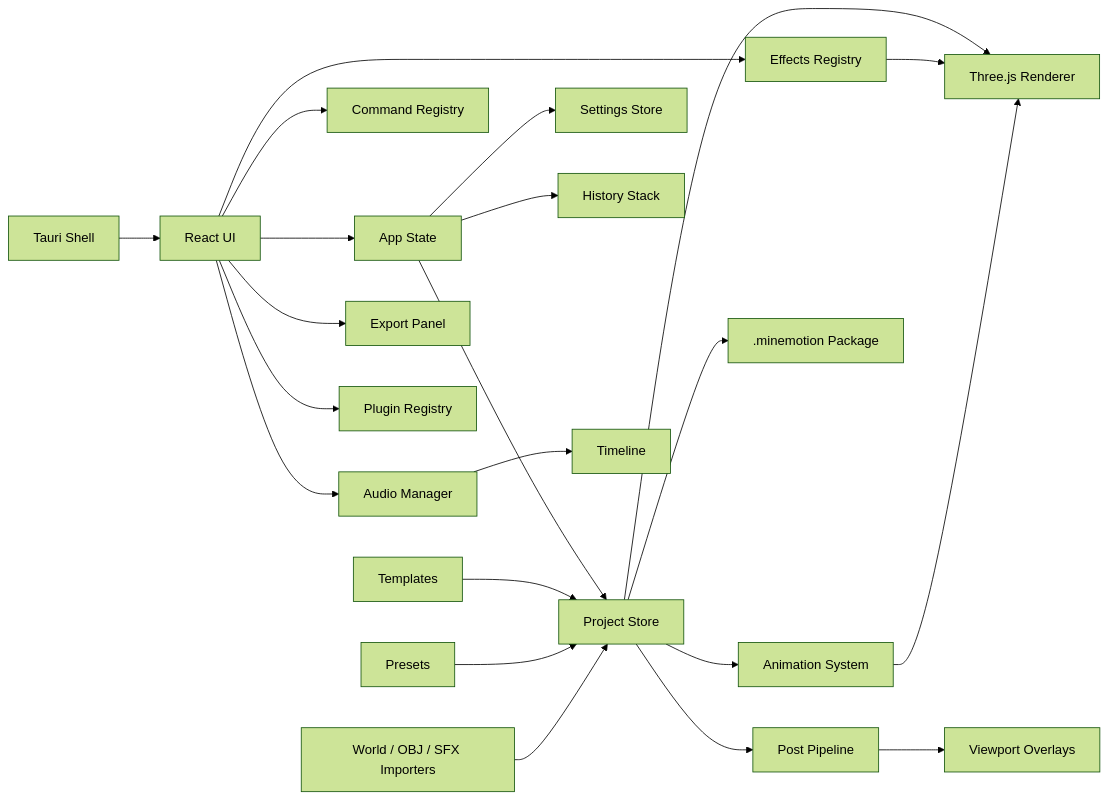
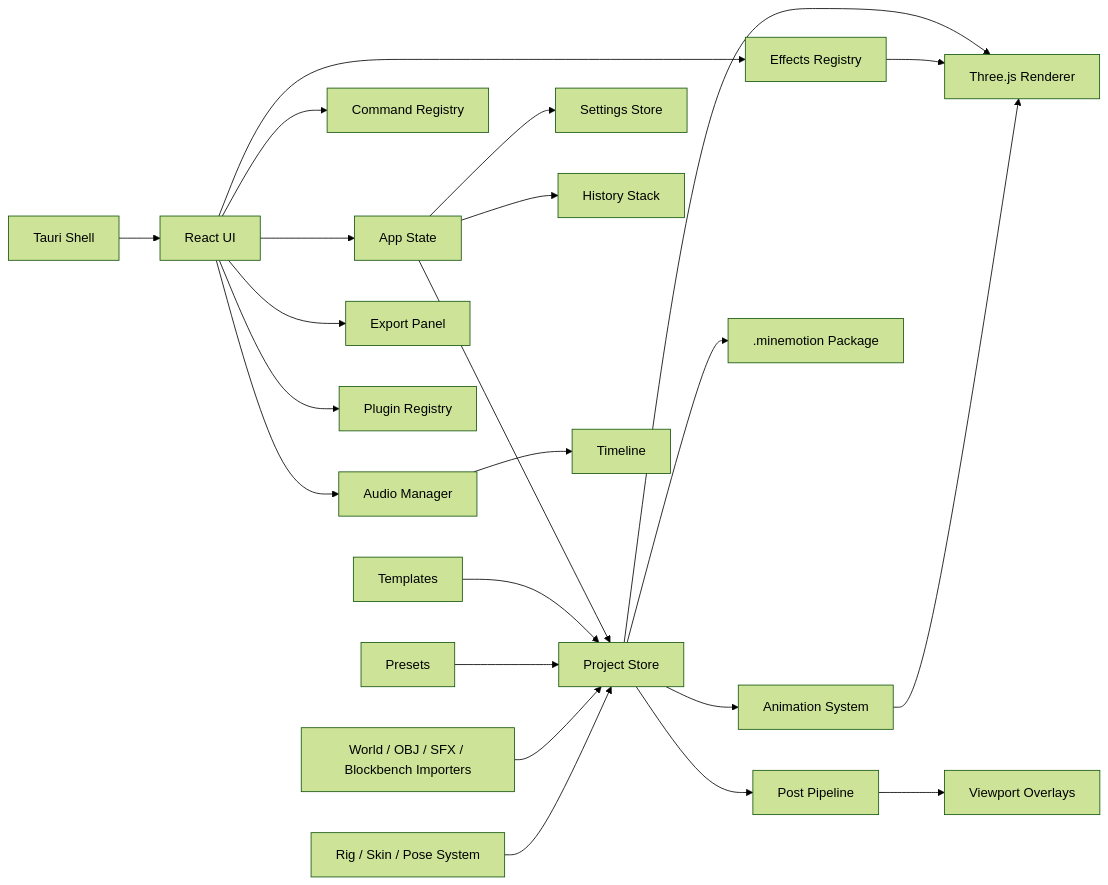
One commit to stotian/MineMotion-Studio changed the diagram in docs/ARCHITECTURE.md. Above: the diagram before and after it, drawn with Mermaid (forest theme). The commit also changed other lines of this file and 73 other files, not shown here.

Commit message:
feat: add Minecraft rigs skins and pose animation tools

````diff
--- a/docs/ARCHITECTURE.md
+++ b/docs/ARCHITECTURE.md
@@ -9,24 +9,25 @@
 ```mermaid
 flowchart LR
   UI["React UI"] --> AppState["App State"]
   AppState --> Project["Project Store"]
   AppState --> Settings["Settings Store"]
   AppState --> History["History Stack"]
   UI --> Commands["Command Registry"]
   UI --> Effects["Effects Registry"]
   UI --> Audio["Audio Manager"]
   UI --> Export["Export Panel"]
   UI --> Plugins["Plugin Registry"]
   Project --> Animation["Animation System"]
   Project --> Packages[".minemotion Package"]
   Project --> Post["Post Pipeline"]
   Project --> Renderer["Three.js Renderer"]
   Effects --> Renderer
   Post --> Viewport["Viewport Overlays"]
   Audio --> Timeline["Timeline"]
   Templates["Templates"] --> Project
   Presets["Presets"] --> Project
-  Importers["World / OBJ / SFX Importers"] --> Project
+  Importers["World / OBJ / SFX / Blockbench Importers"] --> Project
+  Rigs["Rig / Skin / Pose System"] --> Project
   Animation --> Renderer
   Tauri["Tauri Shell"] --> UI
 ```
````
